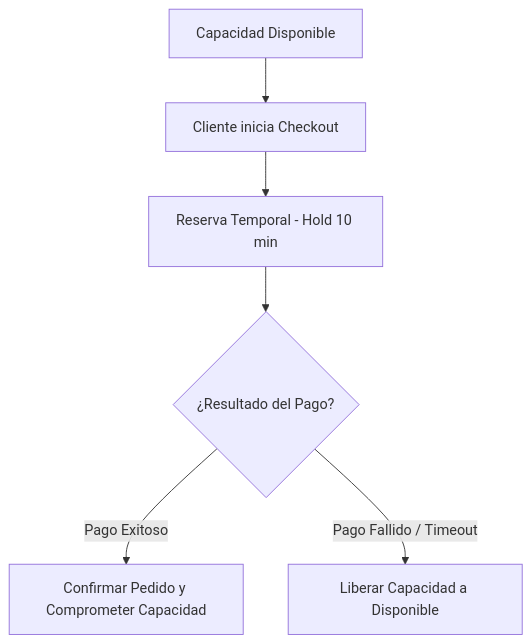
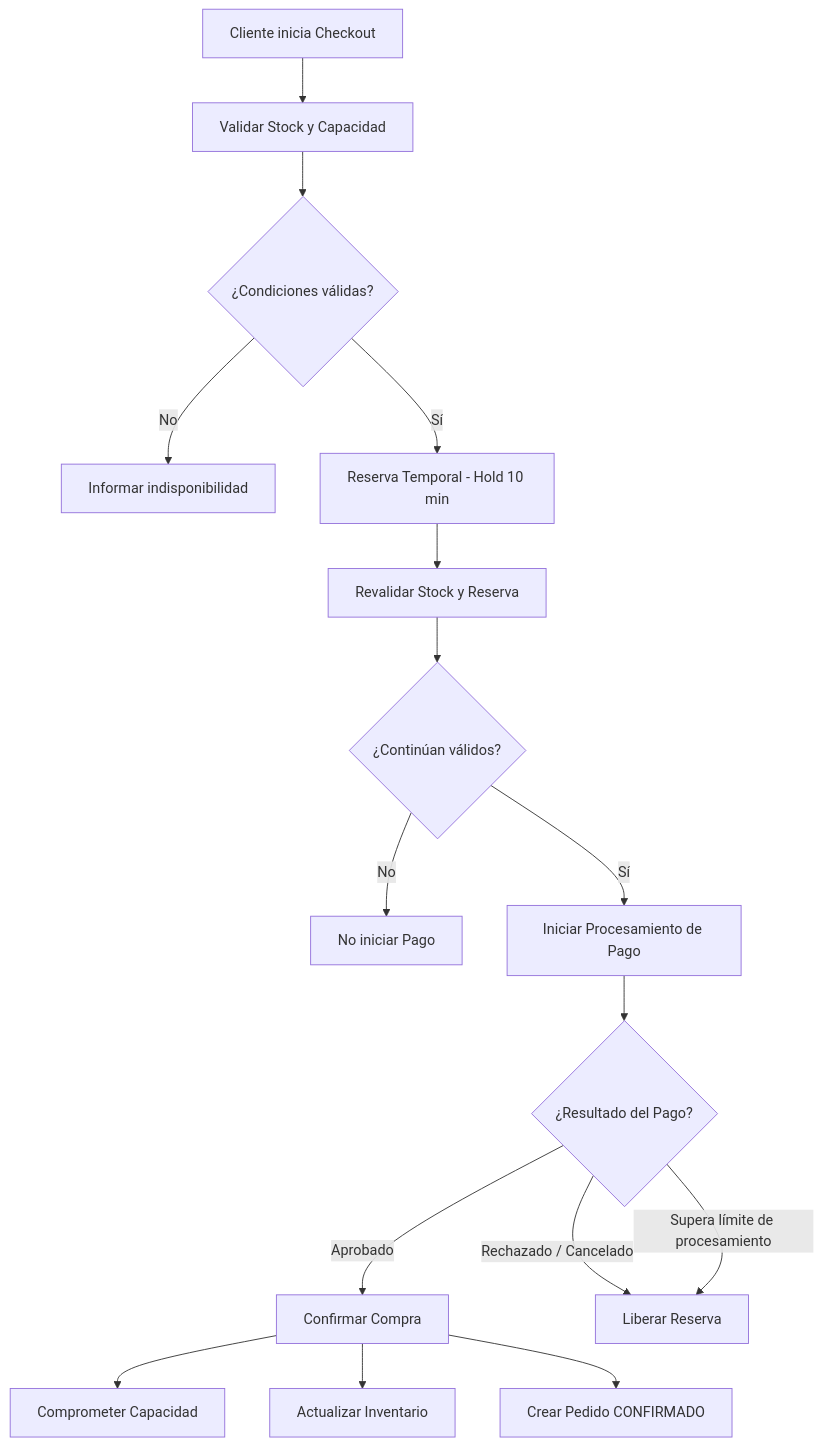
One commit to iJosueeh/jaldishop changed the second of 3 diagrams in docs/03-requisitos/alcance-mvp.md. Above: the diagram before and after it, drawn with Mermaid. The commit also changed other lines of this file and 3 other files, not shown here.

````diff
--- a/docs/03-requisitos/alcance-mvp.md
+++ b/docs/03-requisitos/alcance-mvp.md
@@ -73,9 +121,18 @@
 ```mermaid
 flowchart TD
-    A[Capacidad Disponible] --> B[Cliente inicia Checkout]
-    B --> C[Reserva Temporal - Hold 10 min]
-    C --> D{¿Resultado del Pago?}
-    
-    D -->|Pago Exitoso| E[Confirmar Pedido y Comprometer Capacidad]
-    D -->|Pago Fallido / Timeout| F[Liberar Capacidad a Disponible]
+    A[Cliente inicia Checkout] --> B[Validar Stock y Capacidad]
+    B --> C{¿Condiciones válidas?}
+    C -->|No| D[Informar indisponibilidad]
+    C -->|Sí| E[Reserva Temporal - Hold 10 min]
+    E --> F[Revalidar Stock y Reserva]
+    F --> G{¿Continúan válidos?}
+    G -->|No| H[No iniciar Pago]
+    G -->|Sí| I[Iniciar Procesamiento de Pago]
+    I --> J{¿Resultado del Pago?}
+    J -->|Aprobado| K[Confirmar Compra]
+    K --> L[Comprometer Capacidad]
+    K --> M[Actualizar Inventario]
+    K --> N[Crear Pedido CONFIRMADO]
+    J -->|Rechazado / Cancelado| O[Liberar Reserva]
+    J -->|Supera límite de procesamiento| O
 ```
````
